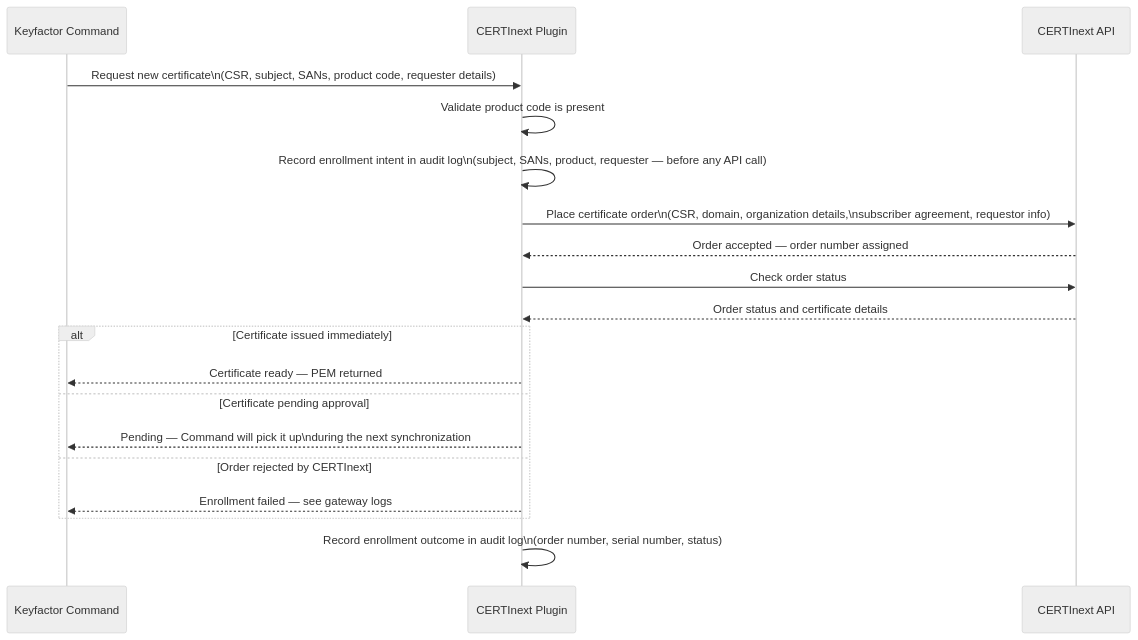
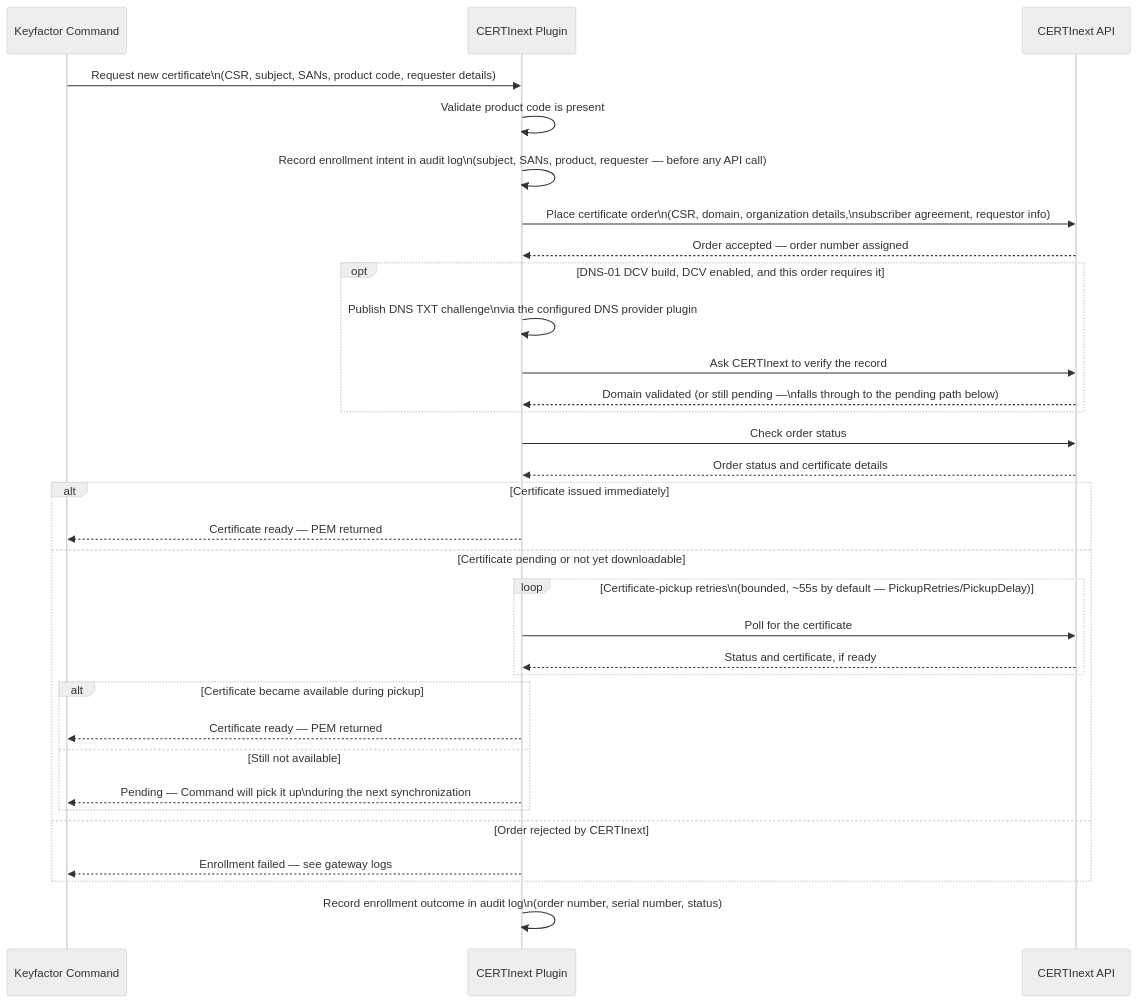
The third of 6 diagrams in docsource/architecture.md (Keyfactor/certinext-caplugin), drawn with Mermaid (neutral theme) before and after one commit. The commit also changed other lines of this file and 2 other files, not shown here.

Commit message:
docs: refresh docsource against current code
docsource hadn't been touched since v1.0.0; a full freshness pass against
current source found several stale/wrong claims and fixed them:

- Order Lifecycle status-code table didn't match StatusMapper.cs (several
  codes were in the wrong bucket, several real codes weren't listed).
- GroupNumber description omitted its per-order use (delegationInformation),
  contradicting a note three lines below it.
- AutoApprove and DefaultProductCode were documented as doing things the
  code doesn't do; corrected to describe actual behavior (both filed as
  separate GitHub issues, not fixed here).
- ~15 real config properties (OrganizationNumber, TechnicalContact*,
  SubmitNonDnsSans, PickupRetries/PickupDelay, DcvWaitFor*Seconds,
  DcvSyncMax*, etc.) existed in code with no mention anywhere in docs.
- Enrollment/sync sequence diagrams in architecture.md were silent on DCV
  and synchronous certificate pickup entirely.
- development.md's product test-coverage table cited a removed test file
  and hardcoded requestNumbers documented elsewhere as non-portable;
  replaced with a pointer to `make probe-products` and TESTING.md.

````diff
--- a/docsource/architecture.md
+++ b/docsource/architecture.md
@@ -124,26 +126,40 @@
 ```mermaid
 sequenceDiagram
     participant CMD as Keyfactor Command
     participant Plugin as CERTInext Plugin
     participant API as CERTInext API
 
     CMD->>Plugin: Request new certificate\n(CSR, subject, SANs, product code, requester details)
     Plugin->>Plugin: Validate product code is present
     Plugin->>Plugin: Record enrollment intent in audit log\n(subject, SANs, product, requester — before any API call)
 
     Plugin->>API: Place certificate order\n(CSR, domain, organization details,\nsubscriber agreement, requestor info)
     API-->>Plugin: Order accepted — order number assigned
 
+    opt DNS-01 DCV build, DCV enabled, and this order requires it
+        Plugin->>Plugin: Publish DNS TXT challenge\nvia the configured DNS provider plugin
+        Plugin->>API: Ask CERTInext to verify the record
+        API-->>Plugin: Domain validated (or still pending —\nfalls through to the pending path below)
+    end
+
     Plugin->>API: Check order status
     API-->>Plugin: Order status and certificate details
 
     alt Certificate issued immediately
         Plugin-->>CMD: Certificate ready — PEM returned
-    else Certificate pending approval
-        Plugin-->>CMD: Pending — Command will pick it up\nduring the next synchronization
+    else Certificate pending or not yet downloadable
+        loop Certificate-pickup retries\n(bounded, ~55s by default — PickupRetries/PickupDelay)
+            Plugin->>API: Poll for the certificate
+            API-->>Plugin: Status and certificate, if ready
+        end
+        alt Certificate became available during pickup
+            Plugin-->>CMD: Certificate ready — PEM returned
+        else Still not available
+            Plugin-->>CMD: Pending — Command will pick it up\nduring the next synchronization
+        end
     else Order rejected by CERTInext
         Plugin-->>CMD: Enrollment failed — see gateway logs
     end
 
     Plugin->>Plugin: Record enrollment outcome in audit log\n(order number, serial number, status)
 ```
````
